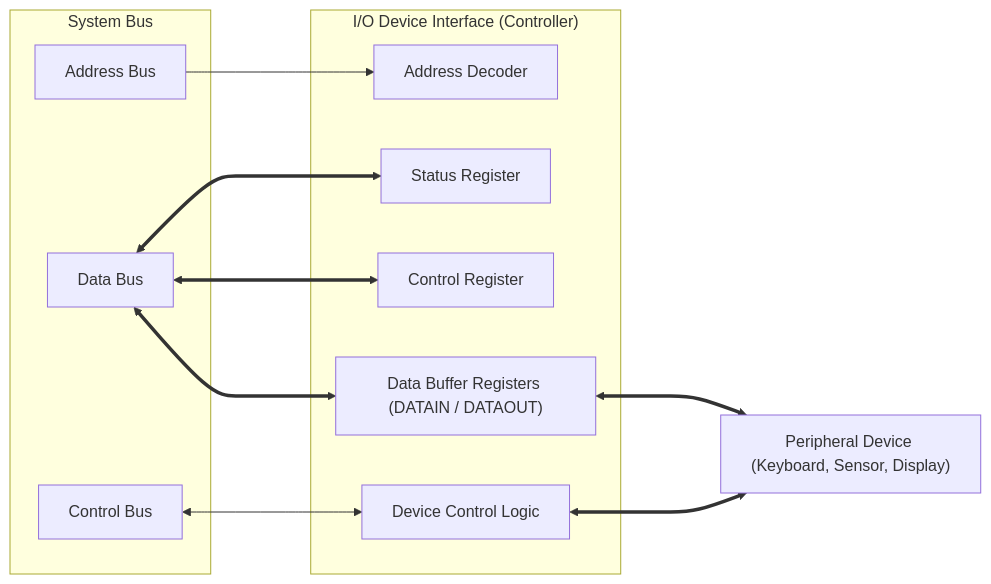
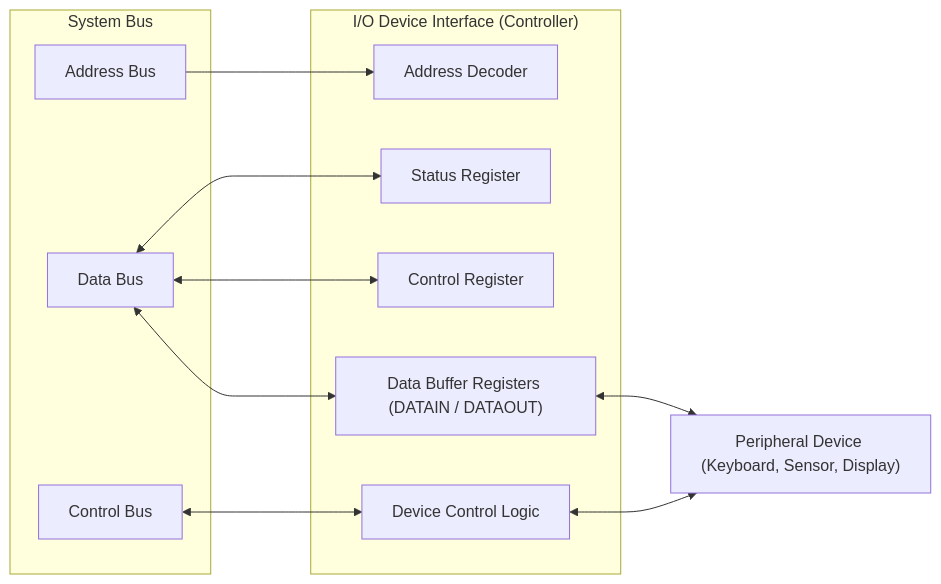
The first of 2 diagrams in DLCD/Unit 3/L06 - Input-Output Organization and Accessing IO Devices.md (YatishGowda09/Sem-3-CSE-Notes), drawn with Mermaid before and after one commit. The commit also changed 70 other files, not shown here.

First line of the commit message:
Fix Mermaid diagram syntax for GitHub rendering compatibility

````diff
--- a/DLCD/Unit 3/L06 - Input-Output Organization and Accessing IO Devices.md
+++ b/DLCD/Unit 3/L06 - Input-Output Organization and Accessing IO Devices.md
@@ -23,27 +23,27 @@
 ```mermaid
 flowchart LR
     subgraph Computer_Bus["System Bus"]
         ABUS["Address Bus"]
         DBUS["Data Bus"]
         CBUS["Control Bus"]
     end
 
     subgraph IO_Interface["I/O Device Interface (Controller)"]
         DEC["Address Decoder"]
         STATUS["Status Register"]
         CONTROL["Control Register"]
         DATA["Data Buffer Registers (DATAIN / DATAOUT)"]
         CONTROL_LOGIC["Device Control Logic"]
     end
 
     PERIPHERAL["Peripheral Device (Keyboard, Sensor, Display)"]
 
     ABUS --> DEC
-    DBUS <===> DATA
-    DBUS <===> STATUS
-    DBUS <===> CONTROL
+    DBUS <--> DATA
+    DBUS <--> STATUS
+    DBUS <--> CONTROL
     CBUS <---> CONTROL_LOGIC
 
-    DATA <===> PERIPHERAL
-    CONTROL_LOGIC <===> PERIPHERAL
+    DATA <--> PERIPHERAL
+    CONTROL_LOGIC <--> PERIPHERAL
 ```
````
